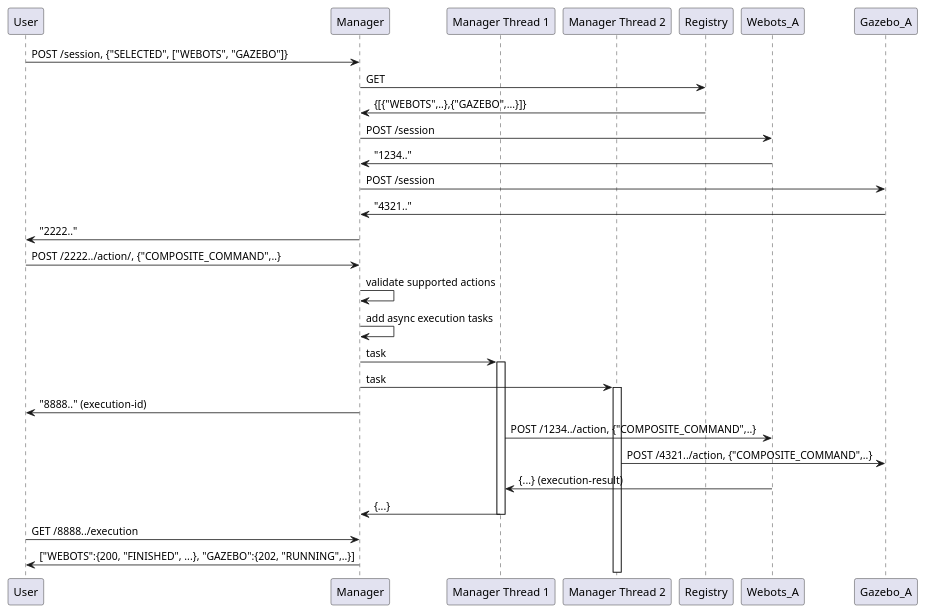
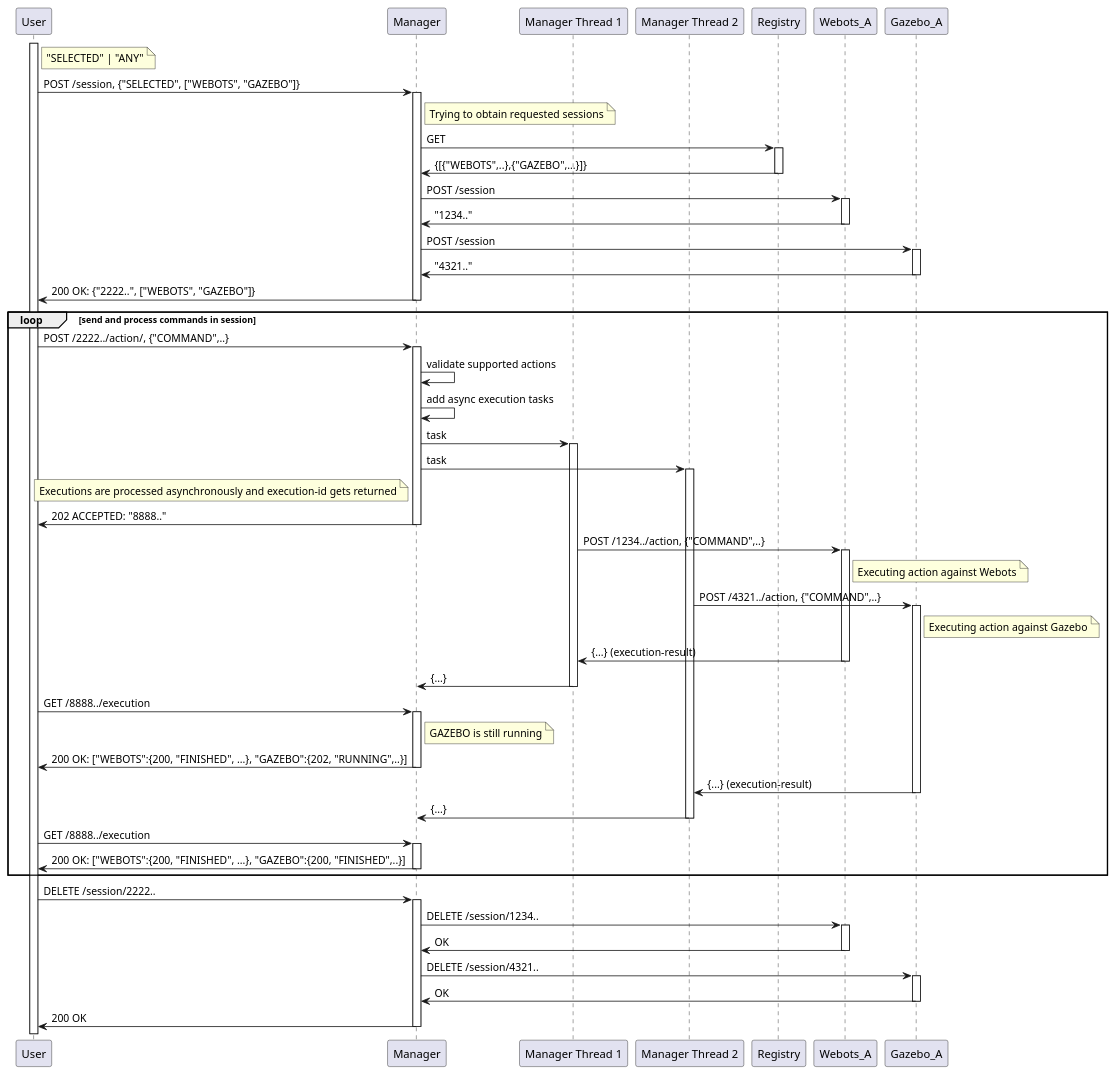
Before and after one commit to jku-swe-simcomp/project-management: the diagram in endpoint-manager/sequence-happy.puml, drawn with PlantUML. The commit also changed 4 other files, not shown here.

Commit message:
simulation session sequence diagram

```diff
--- a/endpoint-manager/sequence-happy.puml
+++ b/endpoint-manager/sequence-happy.puml
@@ -1,34 +1,76 @@
 @startuml
 participant "User" as U
 participant "Manager" as M
 participant "Manager Thread 1" as MT1
 participant "Manager Thread 2" as MT2
 participant "Registry" as R
 participant "Webots_A" as W
 participant "Gazebo_A" as G
-
+activate U
+note right of U: "SELECTED" | "ANY"
 U -> M: POST /session, {"SELECTED", ["WEBOTS", "GAZEBO"]}
+activate M
+note right of M: Trying to obtain requested sessions
 M -> R: GET
+activate R
 R -> M: {[{"WEBOTS",..},{"GAZEBO",...}]}
+deactivate R
 M -> W: POST /session
+activate W
 W -> M: "1234.."
+deactivate W
 M -> G: POST /session
+activate G
 G -> M: "4321.."
-M -> U: "2222.."
-U -> M: POST /2222../action/, {"COMPOSITE_COMMAND",..}
+deactivate G
+M -> U: 200 OK: {"2222..", ["WEBOTS", "GAZEBO"]}
+deactivate M
+loop send and process commands in session
+U -> M: POST /2222../action/, {"COMMAND",..}
+activate M
 M -> M: validate supported actions
 M -> M: add async execution tasks
 M -> MT1: task
 activate MT1
 M -> MT2: task
 activate MT2
-M -> U: "8888.." (execution-id)
-MT1 -> W: POST /1234../action, {"COMPOSITE_COMMAND",..}
-MT2 -> G: POST /4321../action, {"COMPOSITE_COMMAND",..}
+note left of M: Executions are processed asynchronously and execution-id gets returned
+M -> U: 202 ACCEPTED: "8888.."
+deactivate M
+MT1 -> W: POST /1234../action, {"COMMAND",..}
+activate W
+note right of W: Executing action against Webots
+MT2 -> G: POST /4321../action, {"COMMAND",..}
+activate G
+note right of G: Executing action against Gazebo
 W -> MT1: {...} (execution-result)
+deactivate W
 MT1 -> M: {...}
 deactivate MT1
 U -> M: GET /8888../execution
-M -> U: ["WEBOTS":{200, "FINISHED", ...}, "GAZEBO":{202, "RUNNING",..}]
-
+activate M
+note right of M: GAZEBO is still running
+M -> U: 200 OK: ["WEBOTS":{200, "FINISHED", ...}, "GAZEBO":{202, "RUNNING",..}]
+deactivate M
+G -> MT2: {...} (execution-result)
+deactivate G
+MT2 -> M: {...}
+deactivate MT2
+U -> M: GET /8888../execution
+activate M
+M -> U: 200 OK: ["WEBOTS":{200, "FINISHED", ...}, "GAZEBO":{200, "FINISHED",..}]
+deactivate M
+end
+U -> M: DELETE /session/2222..
+activate M
+M -> W: DELETE /session/1234..
+activate W
+W -> M: OK
+deactivate W
+M -> G: DELETE /session/4321..
+activate G
+G -> M: OK
+deactivate G
+M -> U: 200 OK
+deactivate M
 @enduml
```
